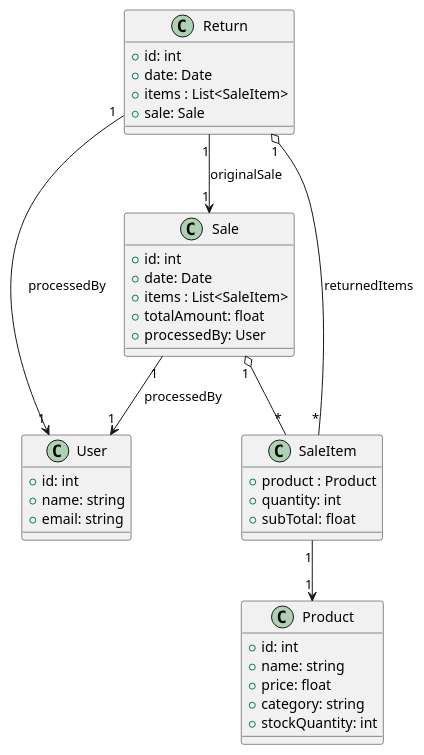
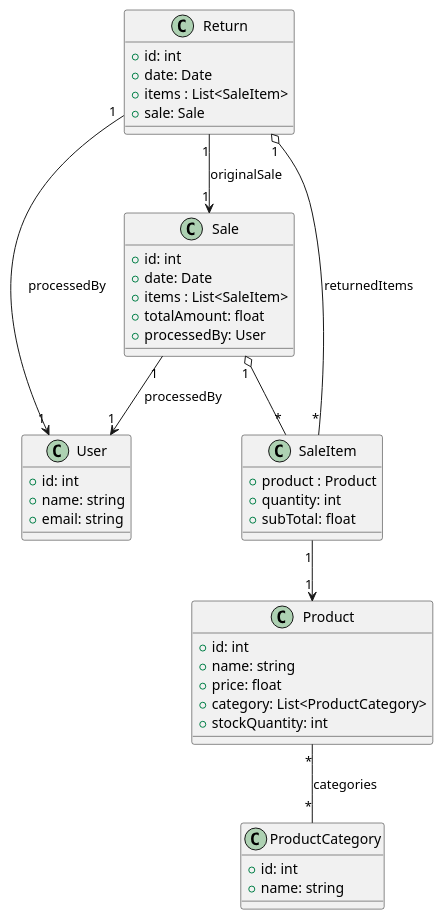
Before and after one commit to CharlesRa7/LOG430-Labs: the diagram in docs/UML/class-diagram.puml, drawn with PlantUML. The commit also changed 11 other files, not shown here.

```diff
--- a/docs/UML/class-diagram.puml
+++ b/docs/UML/class-diagram.puml
@@ -1,46 +1,53 @@
 @startuml
 
 class User {
   +id: int
   +name: string
   +email: string
 }
 
 class Sale {
   +id: int
   +date: Date
   +items : List<SaleItem>
   +totalAmount: float
   +processedBy: User
 }
 
 class Product {
   +id: int
   +name: string
   +price: float
-  +category: string
+  +category: List<ProductCategory>
   +stockQuantity: int
+}
+
+class ProductCategory {
+  +id: int
+  +name: string
 }
 
 class SaleItem {
   +product : Product
   +quantity: int
   +subTotal: float
 }
 
 class Return {
   +id: int
   +date: Date
   +items : List<SaleItem>
   +sale: Sale
 }
 
 Sale "1" o-- "*" SaleItem
 SaleItem "1" --> "1" Product
 Sale "1" --> "1" User : processedBy
 
 Return "1" --> "1" Sale : originalSale
 Return "1" o-- "*" SaleItem : returnedItems
 Return "1" --> "1" User : processedBy
 
+Product "*" -- "*" ProductCategory : categories
+
 @enduml
```
